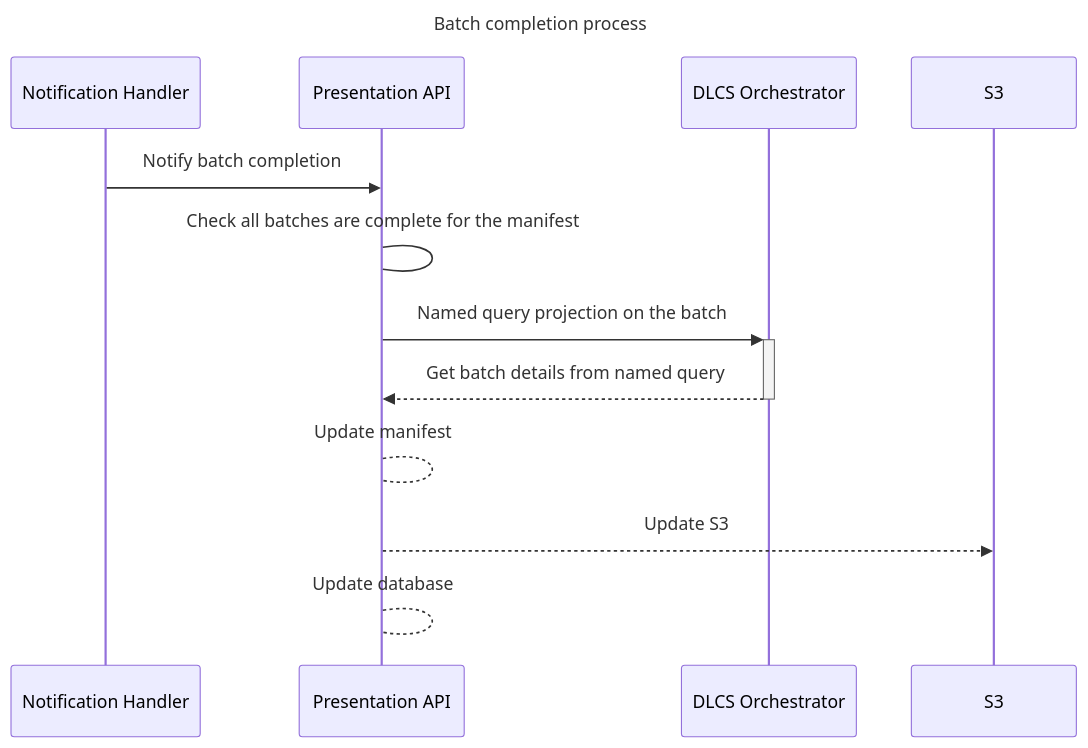
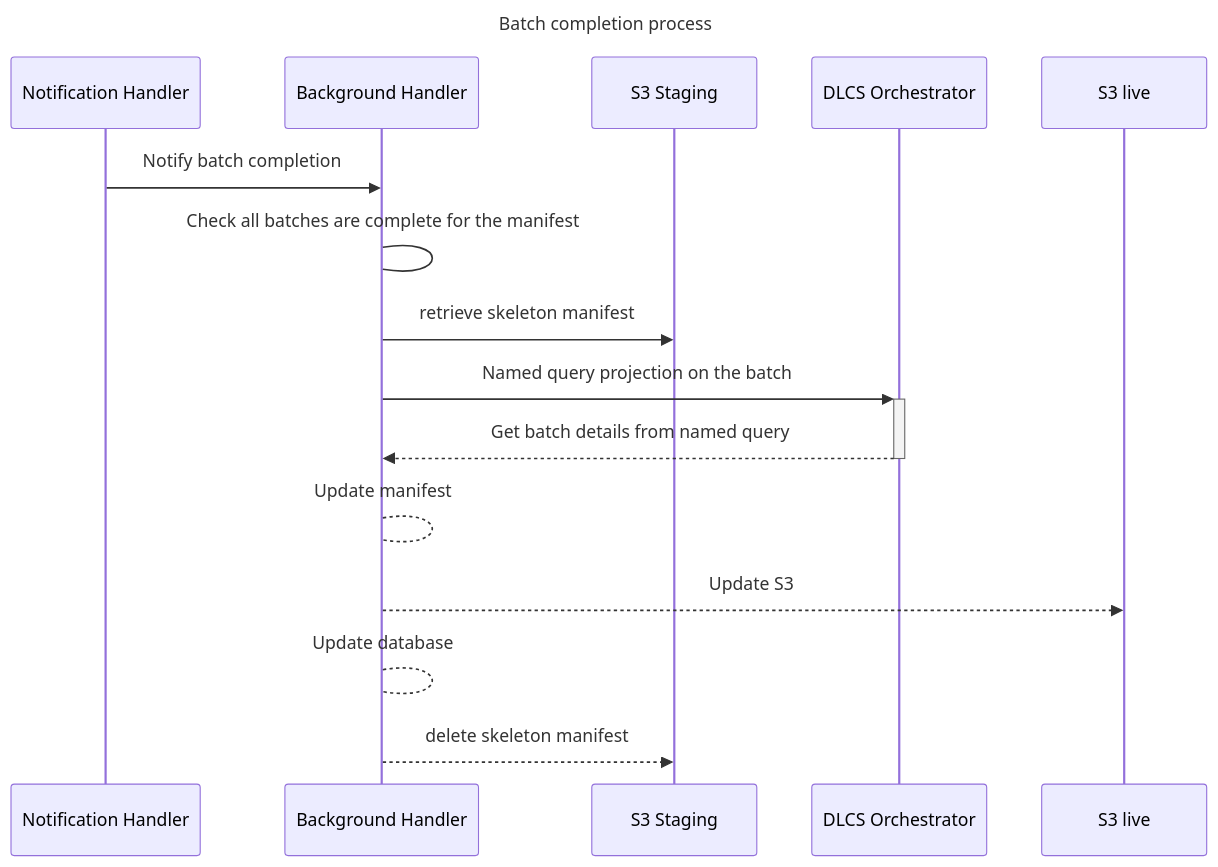
One commit to dlcs/iiif-presentation changed the second of 2 diagrams in docs/rfcs/0002-batch-completion.md. Above: the diagram before and after it, drawn with Mermaid. The commit also changed other lines of this file, not shown here.

Commit message:
changes to add staging S3

````diff
--- a/docs/rfcs/0002-batch-completion.md
+++ b/docs/rfcs/0002-batch-completion.md
@@ -54,17 +55,20 @@
 ```mermaid
 ---
 title: Batch completion process
 ---
 sequenceDiagram
     participant NH as Notification Handler 
-    participant P as Presentation API
+    participant P as Background Handler
+    participant SS as S3 Staging
     participant DO as DLCS Orchestrator
-    participant S as S3
+    participant SL as S3 live
     NH ->> P: Notify batch completion
     P -> P: Check all batches are complete for the manifest
+    P ->> SS: retrieve skeleton manifest 
     P ->>+ DO: Named query projection on the batch
     DO -->>- P: Get batch details from named query
     P --> P: Update manifest
-    P -->> S: Update S3
+    P -->> SL: Update S3
     P --> P: Update database
+    P -->> SS: delete skeleton manifest
 ```
````
